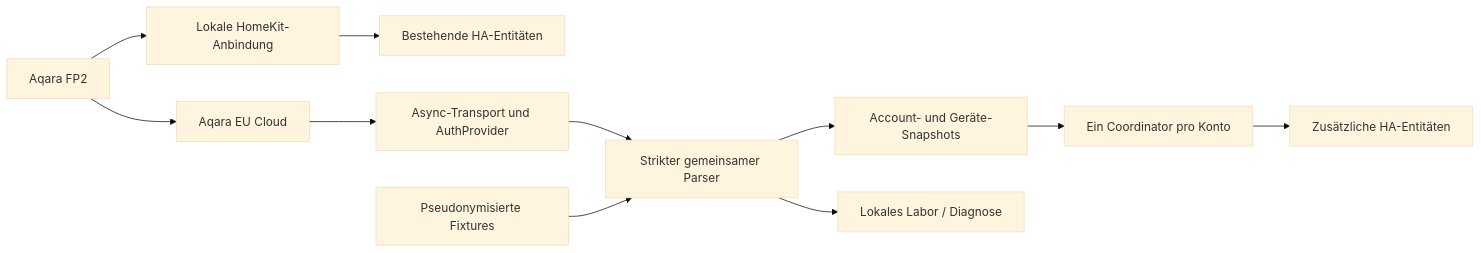
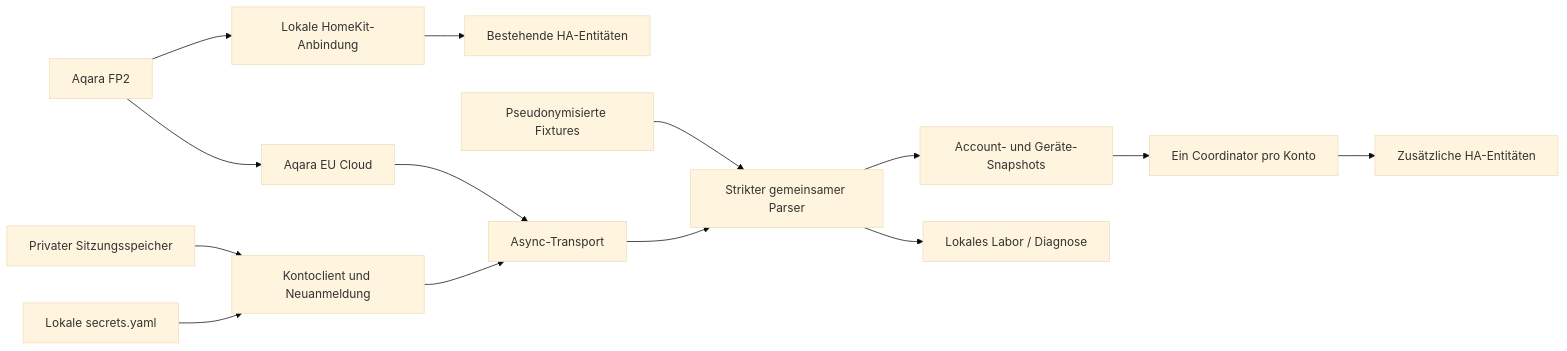
One commit to passion-wave/HA_aqara_fp2 changed the diagram in docs/ARCHITECTURE.md. Above: the diagram before and after it, drawn with Mermaid (base theme). The commit also changed other lines of this file and 42 other files, not shown here.

Commit message:
feat: add consented Aqara login, private secrets and session renewal

````diff
--- a/docs/ARCHITECTURE.md
+++ b/docs/ARCHITECTURE.md
@@ -3,13 +3,16 @@
 ```mermaid
 flowchart LR
     FP2[Aqara FP2] --> HK[Lokale HomeKit-Anbindung]
     HK --> Existing[Bestehende HA-Entitäten]
     FP2 --> Cloud[Aqara EU Cloud]
-    Cloud --> Transport[Async-Transport und AuthProvider]
+    Secrets[Lokale secrets.yaml] --> Account[Kontoclient und Neuanmeldung]
+    Session[Privater Sitzungsspeicher] --> Account
+    Account --> Transport[Async-Transport]
+    Cloud --> Transport
     Transport --> Parser[Strikter gemeinsamer Parser]
     Parser --> Snapshot[Account- und Geräte-Snapshots]
     Snapshot --> Coordinator[Ein Coordinator pro Konto]
     Coordinator --> Entities[Zusätzliche HA-Entitäten]
     Fixture[Pseudonymisierte Fixtures] --> Parser
     Parser --> Lab[Lokales Labor / Diagnose]
 ```
````
